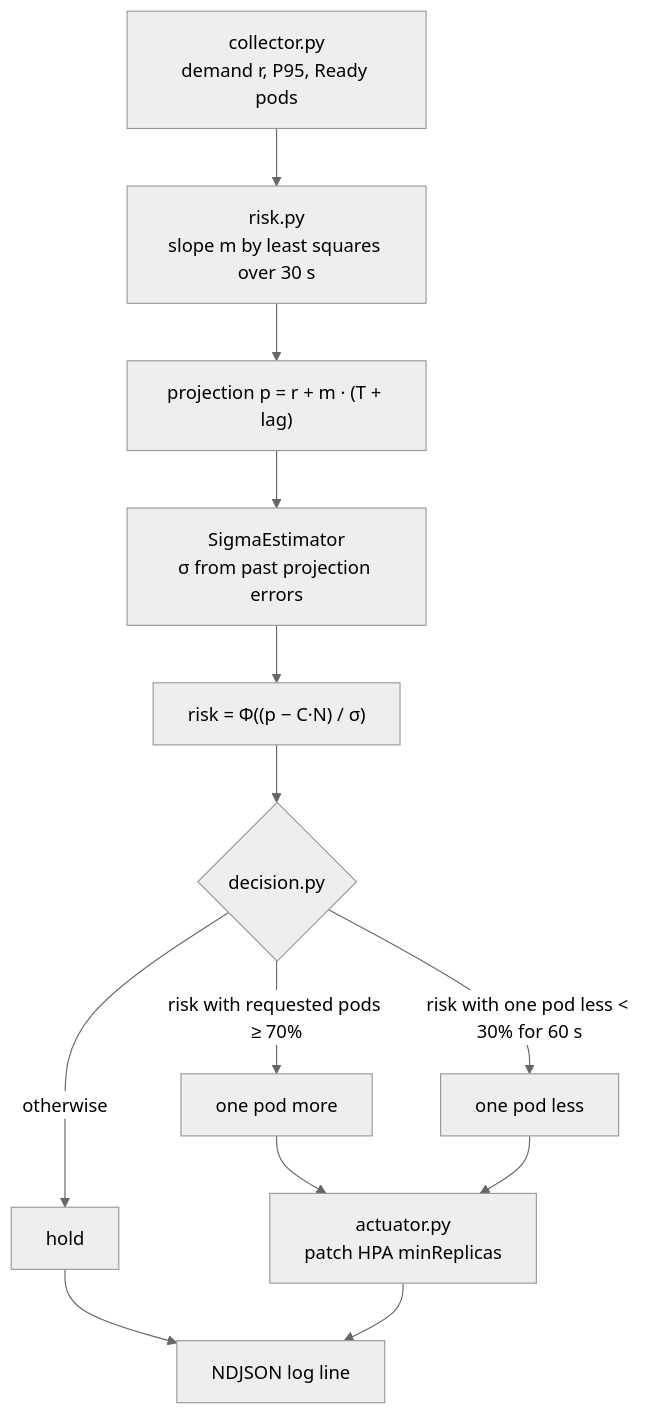
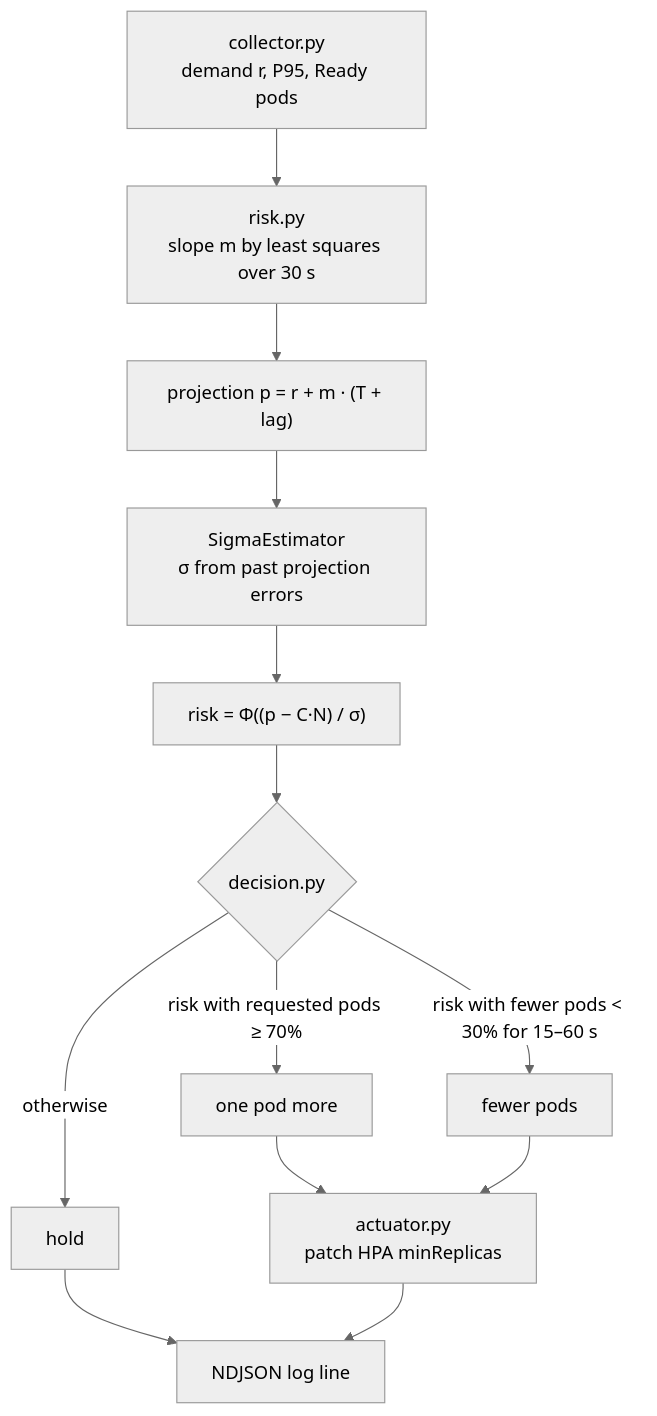
One commit to xDiegoAGG/Aegis changed the second of 3 diagrams in docs/architecture/overview.md. Above: the diagram before and after it, drawn with Mermaid (neutral theme). The commit also changed other lines of this file and 16 other files, not shown here.

First line of the commit message:
feat(aegis): give pods back after a 15-60 s wait set by the risk

````diff
--- a/docs/architecture/overview.md
+++ b/docs/architecture/overview.md
@@ -49,15 +49,15 @@
 ```mermaid
 flowchart TD
     A["collector.py<br/>demand r, P95, Ready pods"] --> B["risk.py<br/>slope m by least squares over 30 s"]
     B --> C["projection p = r + m · (T + lag)"]
     C --> D["SigmaEstimator<br/>σ from past projection errors"]
     D --> E["risk = Φ((p − C·N) / σ)"]
     E --> F{"decision.py"}
     F -->|"risk with requested pods ≥ 70%"| G["one pod more"]
-    F -->|"risk with one pod less < 30% for 60 s"| H["one pod less"]
+    F -->|"risk with fewer pods < 30% for 15–60 s"| H["fewer pods"]
     F -->|otherwise| I["hold"]
     G --> J["actuator.py<br/>patch HPA minReplicas"]
     H --> J
     I --> K["NDJSON log line"]
     J --> K
 ```
````
